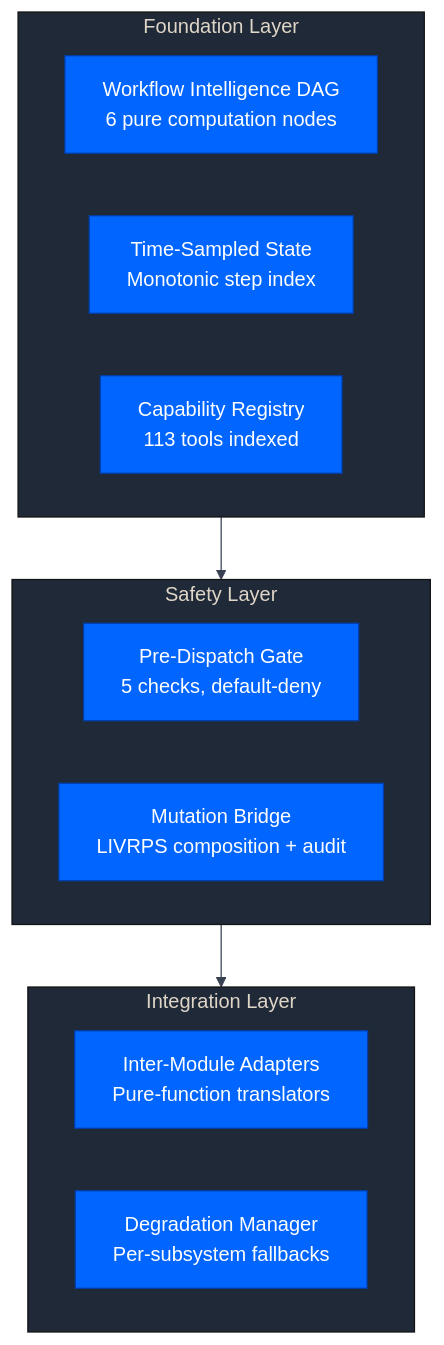
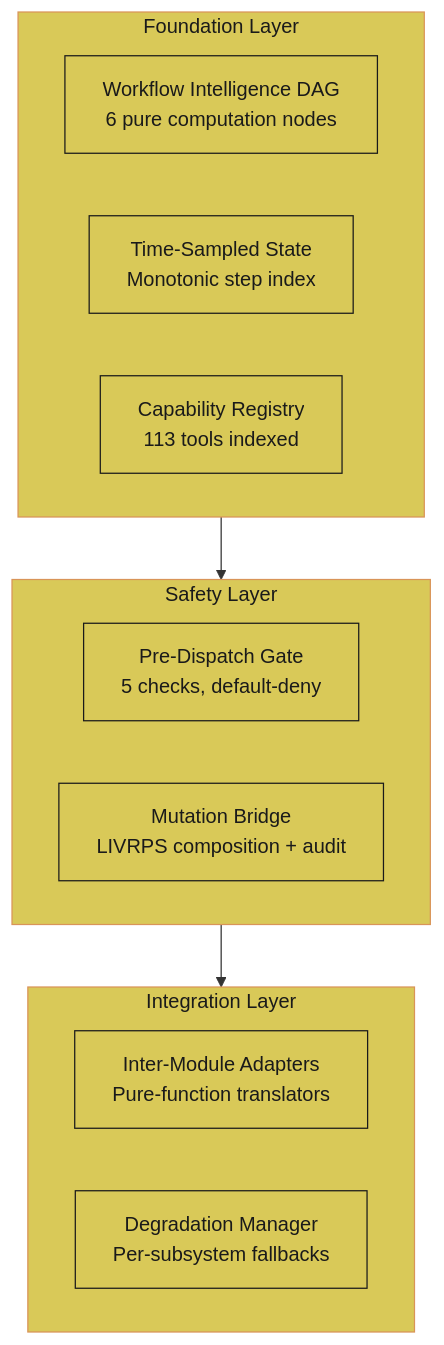
One commit to JosephOIbrahim/Comfy-Cozy changed diagram 17 of 27 in README.md. Above: the diagram before and after it, drawn with Mermaid. The commit also changed other lines of this file and 38 other files, not shown here.

````diff
--- a/README.md
+++ b/README.md
@@ -656,21 +791,28 @@
 ```mermaid
-%%{init: {'theme':'base','themeVariables': {'primaryColor':'#0066FF','primaryTextColor':'#ffffff','primaryBorderColor':'#003eaa','lineColor':'#374151','secondaryColor':'#374151','tertiaryColor':'#1f2937','fontFamily':'monospace'}}}%%
 graph TB
     subgraph Foundation ["Foundation Layer"]
         DAG["Workflow Intelligence DAG<br/>6 pure computation nodes"]
         OBS["Time-Sampled State<br/>Monotonic step index"]
         CAP["Capability Registry<br/>113 tools indexed"]
     end
 
     subgraph Safety ["Safety Layer"]
         GATE["Pre-Dispatch Gate<br/>5 checks, default-deny"]
         BRIDGE["Mutation Bridge<br/>LIVRPS composition + audit"]
     end
 
     subgraph Integration ["Integration Layer"]
         ADAPT["Inter-Module Adapters<br/>Pure-function translators"]
         DEGRADE["Degradation Manager<br/>Per-subsystem fallbacks"]
     end
 
     Foundation --> Safety --> Integration
+
+    style Foundation fill:#d9c958,color:#1a1a1a,stroke:#d99458
+    style Safety fill:#d9c958,color:#1a1a1a,stroke:#d99458
+    style Integration fill:#d9c958,color:#1a1a1a,stroke:#d99458
+
+    classDef orange fill:#d99458,color:#1a1a1a,stroke:#1a1a1a
+    classDef yellow fill:#d9c958,color:#1a1a1a,stroke:#1a1a1a
+    class DAG,OBS,CAP,GATE,BRIDGE,ADAPT,DEGRADE yellow
 ```
````
